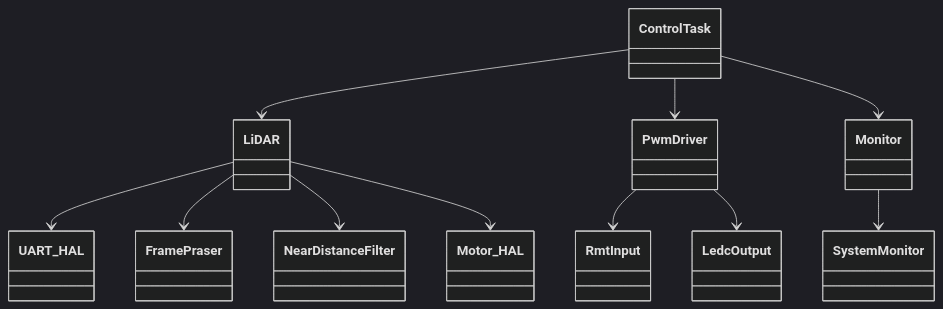
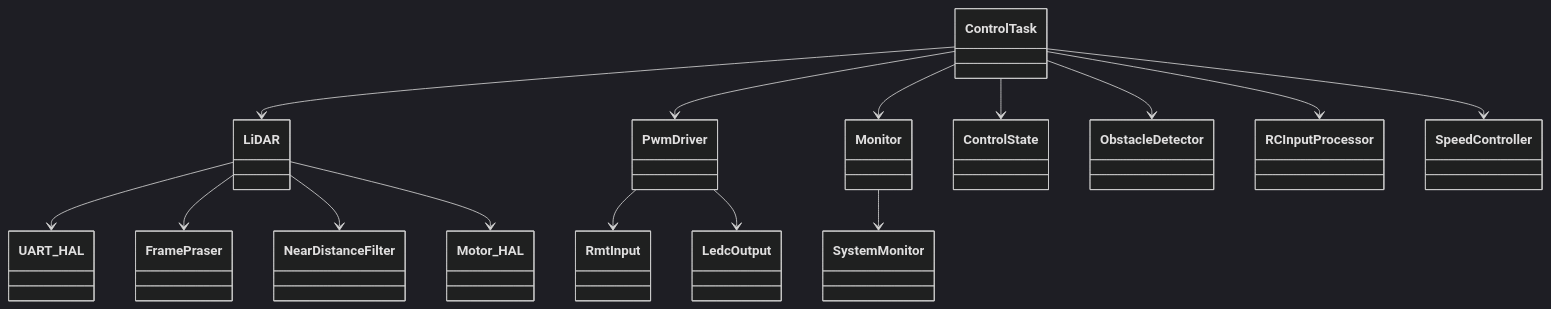
Before and after one commit to Nowass/digitoys-firmware: the first of 2 diagrams in components/README.md, drawn with Mermaid (dark theme). The commit also changed other lines of this file and 8 other files, not shown here.

````diff
--- a/components/README.md
+++ b/components/README.md
@@ -24,14 +26,18 @@
 ```mermaid
 classDiagram
     class ControlTask
     ControlTask --> LiDAR
     ControlTask --> PwmDriver
     ControlTask --> Monitor
+    ControlTask --> ControlState
+    ControlTask --> ObstacleDetector
+    ControlTask --> RCInputProcessor
+    ControlTask --> SpeedController
     LiDAR --> UART_HAL
     LiDAR --> FramePraser
     LiDAR --> NearDistanceFilter
     LiDAR --> Motor_HAL
     PwmDriver --> RmtInput
     PwmDriver --> LedcOutput
     Monitor --> SystemMonitor
 ```
````
